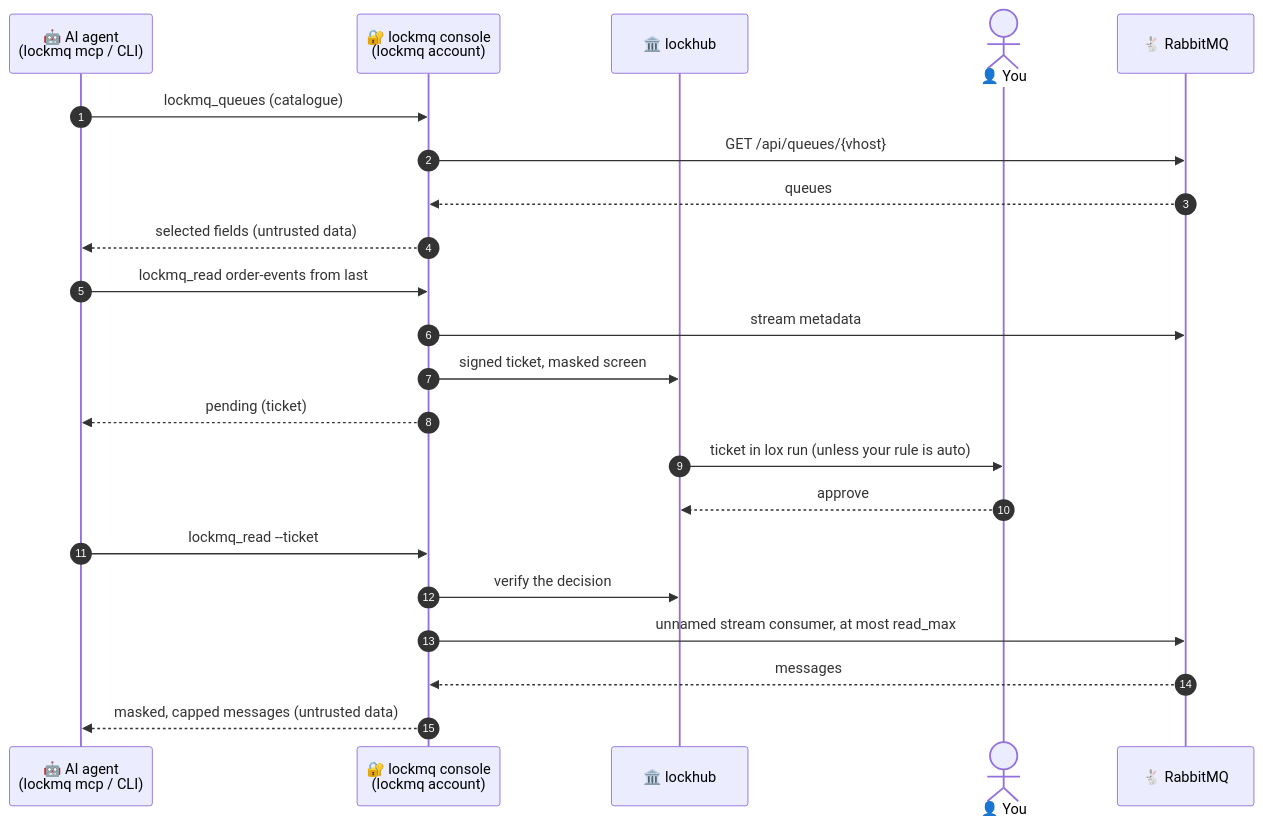
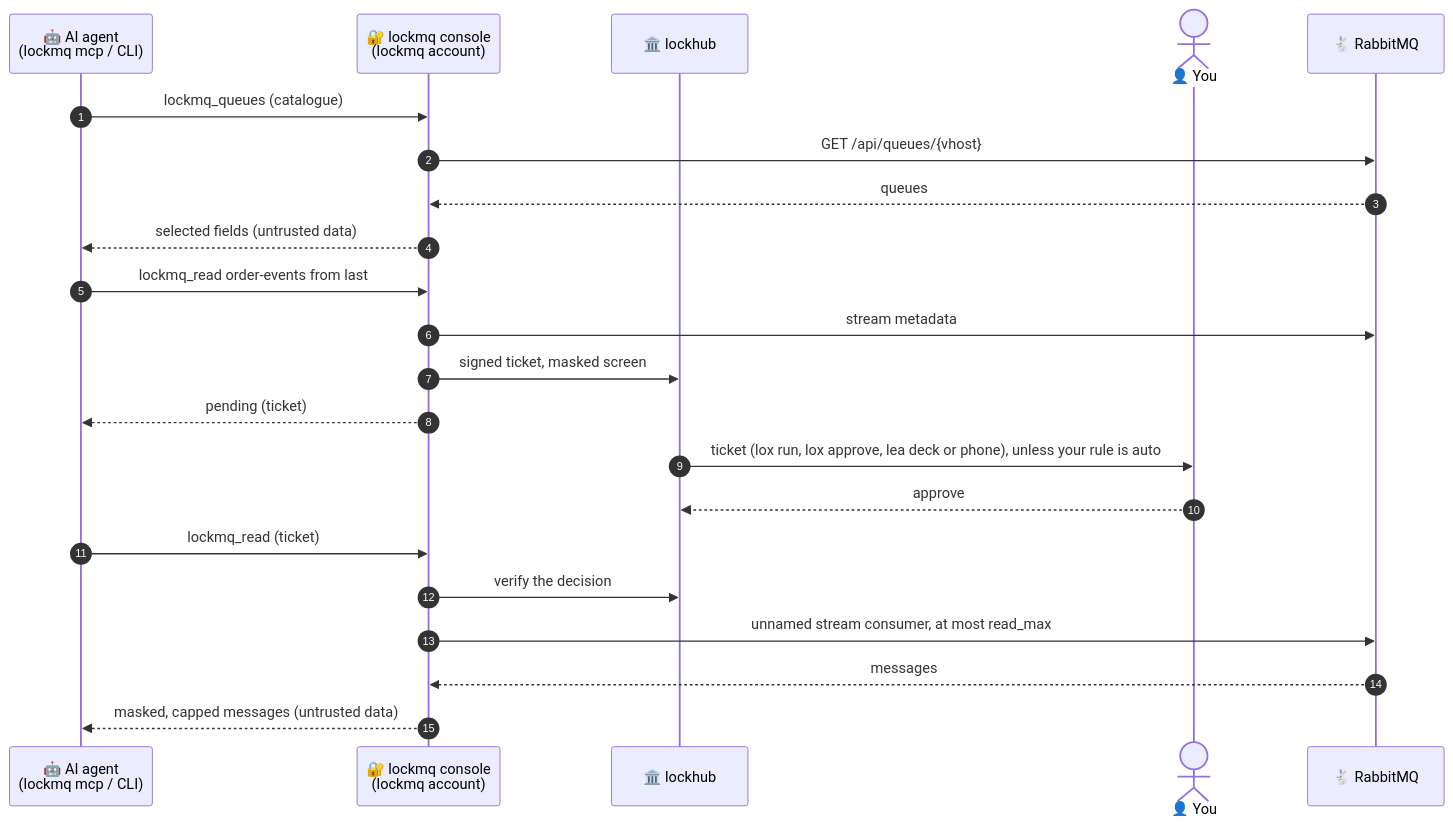
Before and after one commit to DavidGodefroid/lockmq: the diagram in docs/architecture.md, drawn with Mermaid. The commit also changed other lines of this file and 16 other files, not shown here.

````diff
--- a/docs/architecture.md
+++ b/docs/architecture.md
@@ -5,24 +5,24 @@
 ```mermaid
 sequenceDiagram
     autonumber
     participant A as 🤖 AI agent<br/>(lockmq mcp / CLI)
     participant C as 🔐 lockmq console<br/>(lockmq account)
     participant L as 🏛️ lockhub
     actor H as 👤 You
     participant B as 🐇 RabbitMQ
     A->>C: lockmq_queues (catalogue)
     C->>B: GET /api/queues/{vhost}
     B-->>C: queues
     C-->>A: selected fields (untrusted data)
     A->>C: lockmq_read order-events from last
     C->>B: stream metadata
     C->>L: signed ticket, masked screen
     C-->>A: pending (ticket)
-    L->>H: ticket in lox run (unless your rule is auto)
+    L->>H: ticket (lox run, lox approve, lea deck or phone), unless your rule is auto
     H-->>L: approve
-    A->>C: lockmq_read --ticket
+    A->>C: lockmq_read (ticket)
     C->>L: verify the decision
     C->>B: unnamed stream consumer, at most read_max
     B-->>C: messages
     C-->>A: masked, capped messages (untrusted data)
 ```
````
